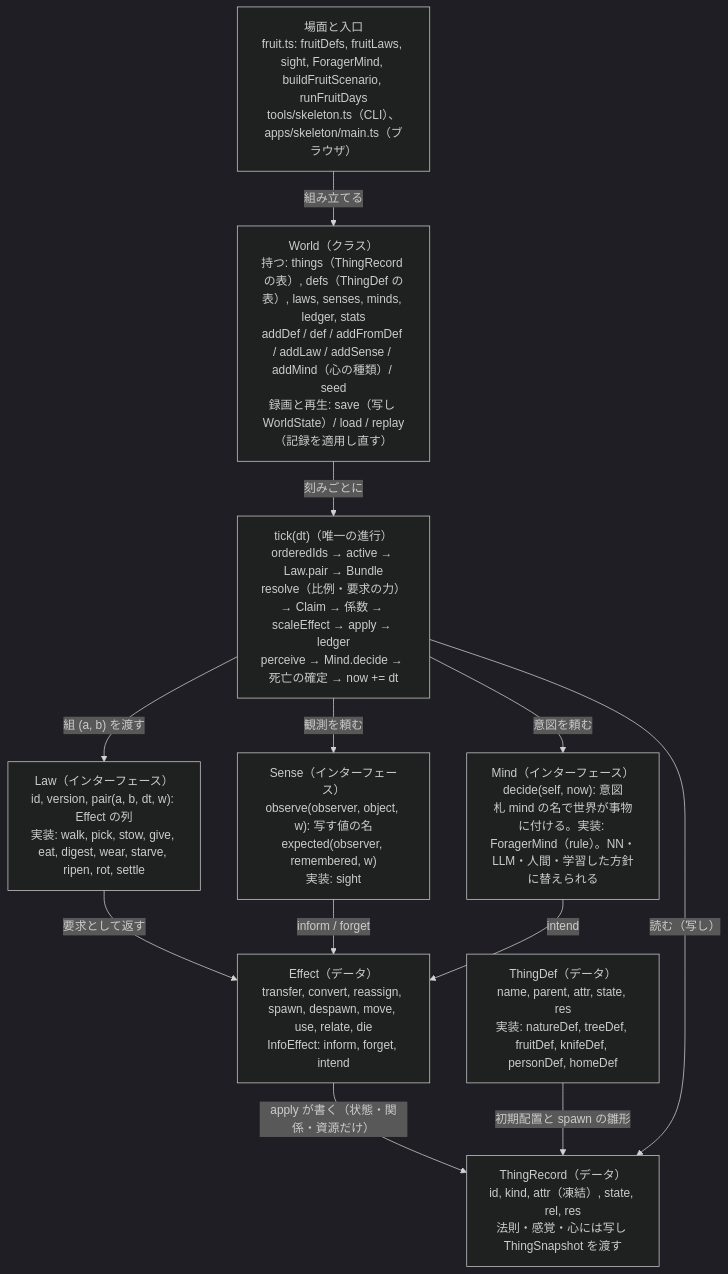
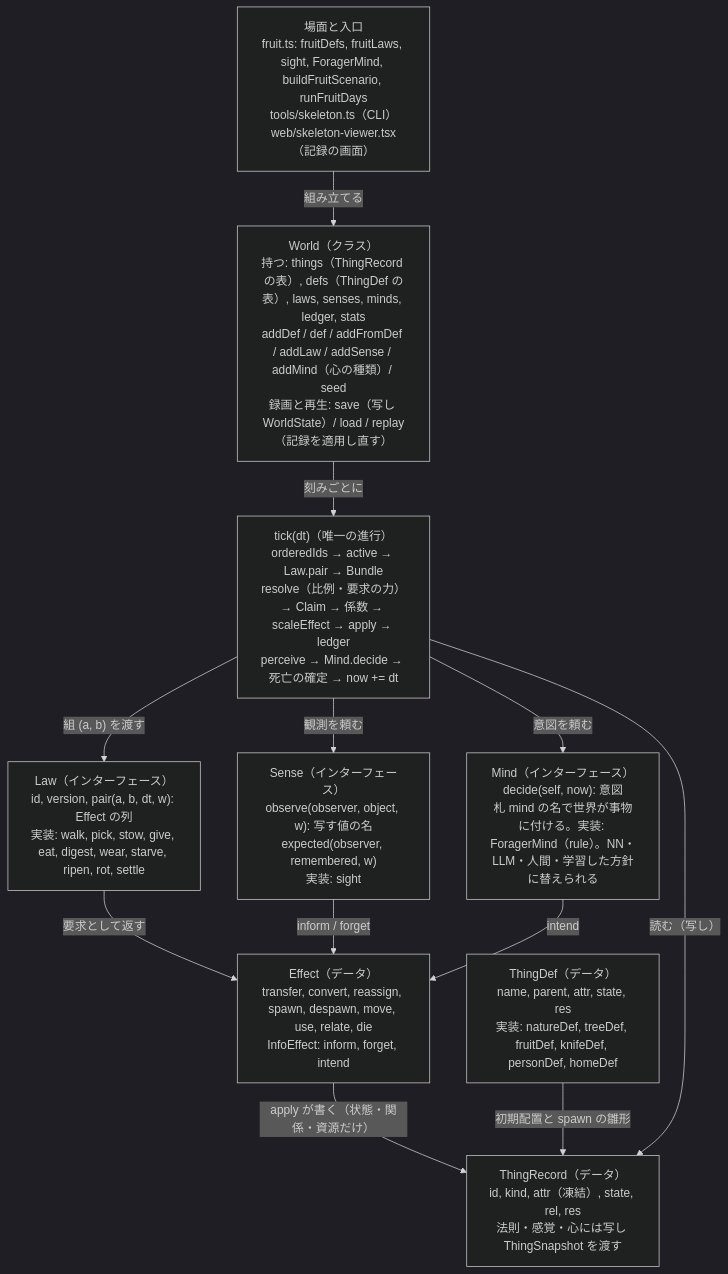
One commit to demerzel09/Medieval-Simulator changed the diagram in docs/figures/src/design-fig4-impl.mmd. Above: the diagram before and after it, drawn with Mermaid (dark theme). The commit also changed 9 other files, not shown here.

```diff
--- a/docs/figures/src/design-fig4-impl.mmd
+++ b/docs/figures/src/design-fig4-impl.mmd
@@ -1,21 +1,21 @@
 flowchart TD
-  SC["場面と入口<br/>fruit.ts: fruitDefs, fruitLaws, sight, ForagerMind, buildFruitScenario, runFruitDays<br/>tools/skeleton.ts（CLI）、apps/skeleton/main.ts（ブラウザ）"]
+  SC["場面と入口<br/>fruit.ts: fruitDefs, fruitLaws, sight, ForagerMind, buildFruitScenario, runFruitDays<br/>tools/skeleton.ts（CLI）<br/>web/skeleton-viewer.tsx<br/>（記録の画面）"]
   WD["World（クラス）<br/>持つ: things（ThingRecord の表）, defs（ThingDef の表）, laws, senses, minds, ledger, stats<br/>addDef / def / addFromDef / addLaw / addSense / addMind（心の種類）/ seed<br/>録画と再生: save（写し WorldState）/ load / replay（記録を適用し直す）"]
   TK["tick(dt)（唯一の進行）<br/>orderedIds → active → Law.pair → Bundle<br/>resolve（比例・要求の力）→ Claim → 係数 → scaleEffect → apply → ledger<br/>perceive → Mind.decide → 死亡の確定 → now += dt"]
   LW["Law（インターフェース）<br/>id, version, pair(a, b, dt, w): Effect の列<br/>実装: walk, pick, stow, give, eat, digest, wear, starve, ripen, rot, settle"]
   SN["Sense（インターフェース）<br/>observe(observer, object, w): 写す値の名<br/>expected(observer, remembered, w)<br/>実装: sight"]
   MD["Mind（インターフェース）<br/>decide(self, now): 意図<br/>札 mind の名で世界が事物に付ける。実装: ForagerMind（rule）。NN・LLM・人間・学習した方針に替えられる"]
   EF["Effect（データ）<br/>transfer, convert, reassign, spawn, despawn, move, use, relate, die<br/>InfoEffect: inform, forget, intend"]
   DF["ThingDef（データ）<br/>name, parent, attr, state, res<br/>実装: natureDef, treeDef, fruitDef, knifeDef, personDef, homeDef"]
   TR["ThingRecord（データ）<br/>id, kind, attr（凍結）, state, rel, res<br/>法則・感覚・心には写し ThingSnapshot を渡す"]
   SC -->|"組み立てる"| WD
   WD -->|"刻みごとに"| TK
   TK -->|"組 (a, b) を渡す"| LW
   TK -->|"観測を頼む"| SN
   TK -->|"意図を頼む"| MD
   LW -->|"要求として返す"| EF
   SN -->|"inform / forget"| EF
   MD -->|"intend"| EF
   EF -->|"apply が書く（状態・関係・資源だけ）"| TR
   DF -->|"初期配置と spawn の雛形"| TR
   TK -->|"読む（写し）"| TR
```
